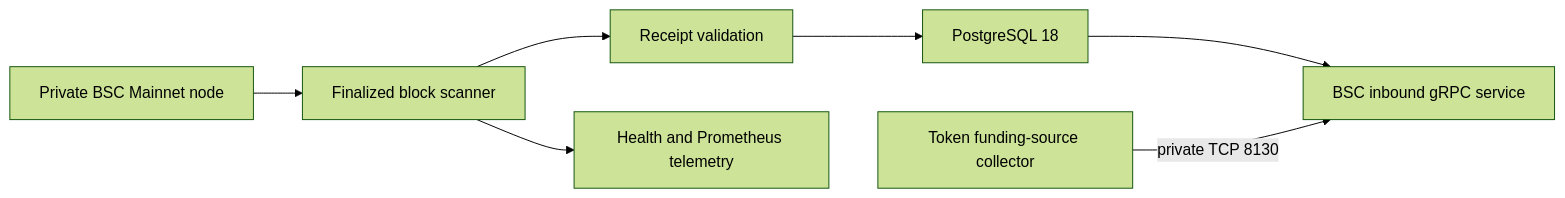
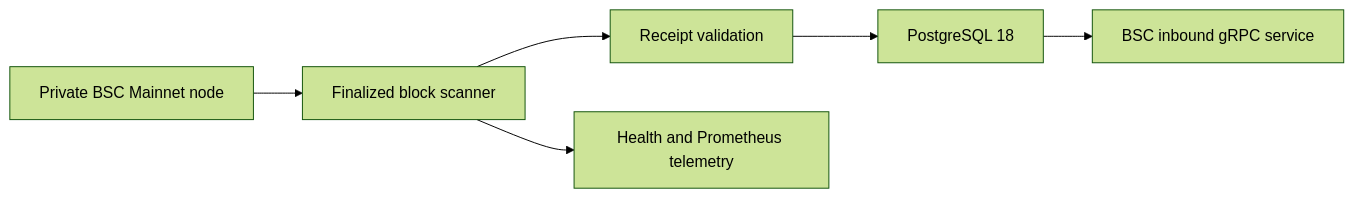
One commit to useryege/athena-o changed the diagram in docs/design/blockchain-data/bsc-inbound-normal-transactions.md. Above: the diagram before and after it, drawn with Mermaid (forest theme). The commit also changed other lines of this file and 33 other files, not shown here.

````diff
--- a/docs/design/blockchain-data/bsc-inbound-normal-transactions.md
+++ b/docs/design/blockchain-data/bsc-inbound-normal-transactions.md
@@ -27,9 +27,8 @@
 ```mermaid
 flowchart LR
     N["Private BSC Mainnet node"] --> S["Finalized block scanner"]
     S --> R["Receipt validation"]
     R --> P["PostgreSQL 18"]
     P --> G["BSC inbound gRPC service"]
-    C["Token funding-source collector"] -->|"private TCP 8130"| G
     S --> H["Health and Prometheus telemetry"]
 ```
````
